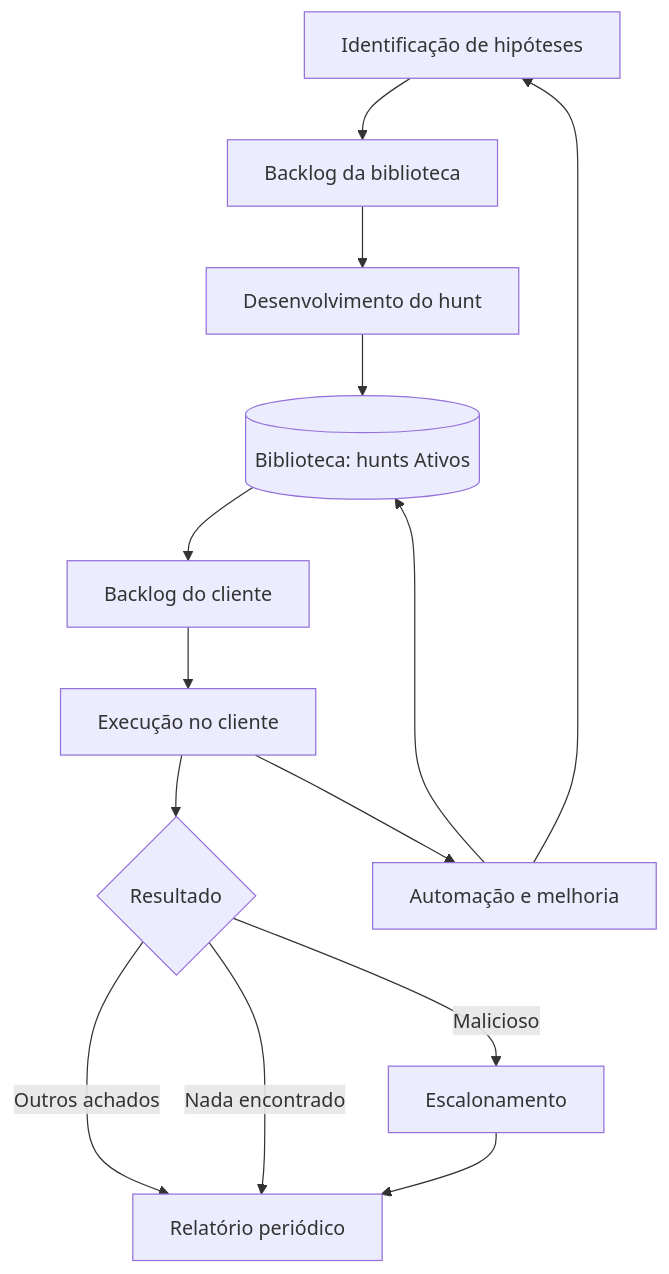
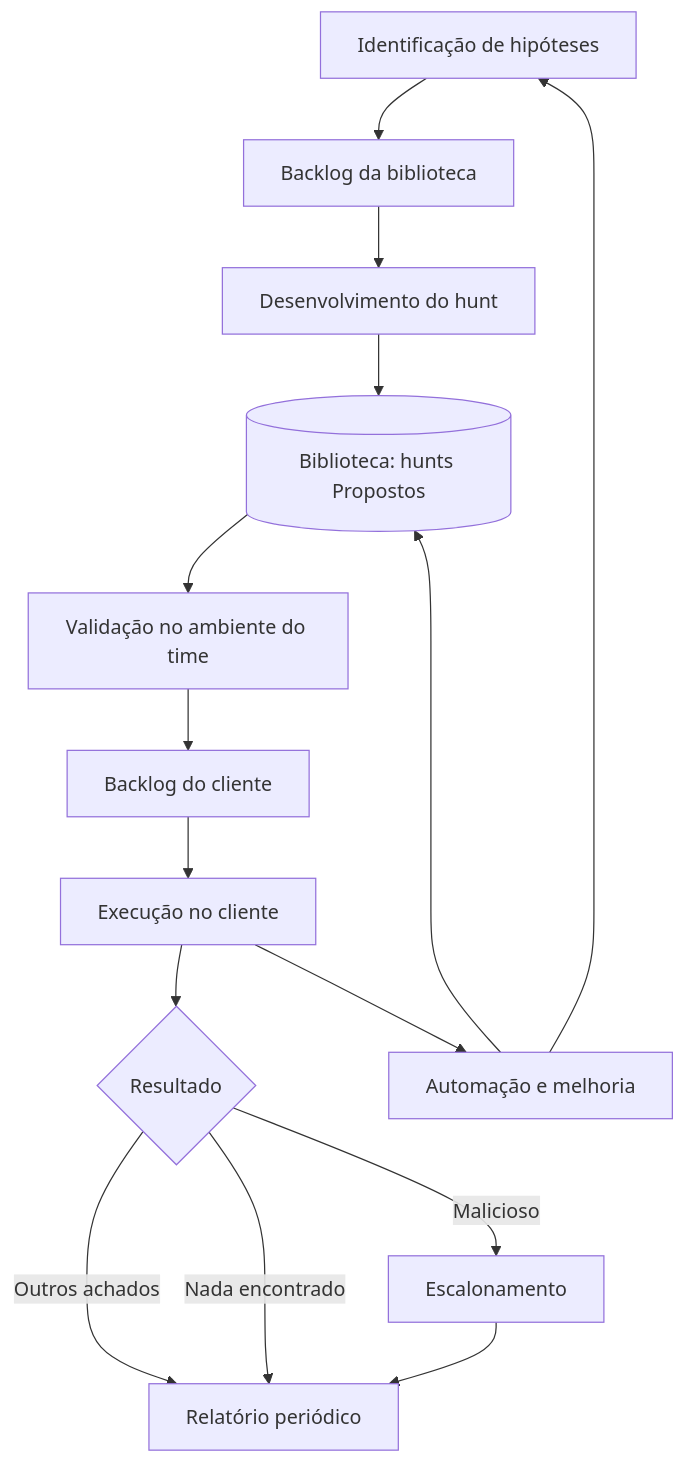
One commit to efernandesmateus/Threat-Hunting changed the diagram in 01-processo/README.md. Above: the diagram before and after it, drawn with Mermaid. The commit also changed other lines of this file and 7 other files, not shown here.

````diff
--- a/01-processo/README.md
+++ b/01-processo/README.md
@@ -16,16 +16,17 @@
 ```mermaid
 flowchart TD
     A[Identificação de hipóteses] --> B[Backlog da biblioteca]
     B --> C[Desenvolvimento do hunt]
-    C --> D[(Biblioteca: hunts Ativos)]
-    D --> E[Backlog do cliente]
+    C --> D[(Biblioteca: hunts Propostos)]
+    D --> V[Validação no ambiente do time]
+    V --> E[Backlog do cliente]
     E --> F[Execução no cliente]
     F --> G{Resultado}
     G -- Malicioso --> H[Escalonamento]
     G -- Outros achados --> I[Relatório periódico]
     G -- Nada encontrado --> I
     H --> I
     F --> J[Automação e melhoria]
     J --> D
     J --> A
 ```
````
